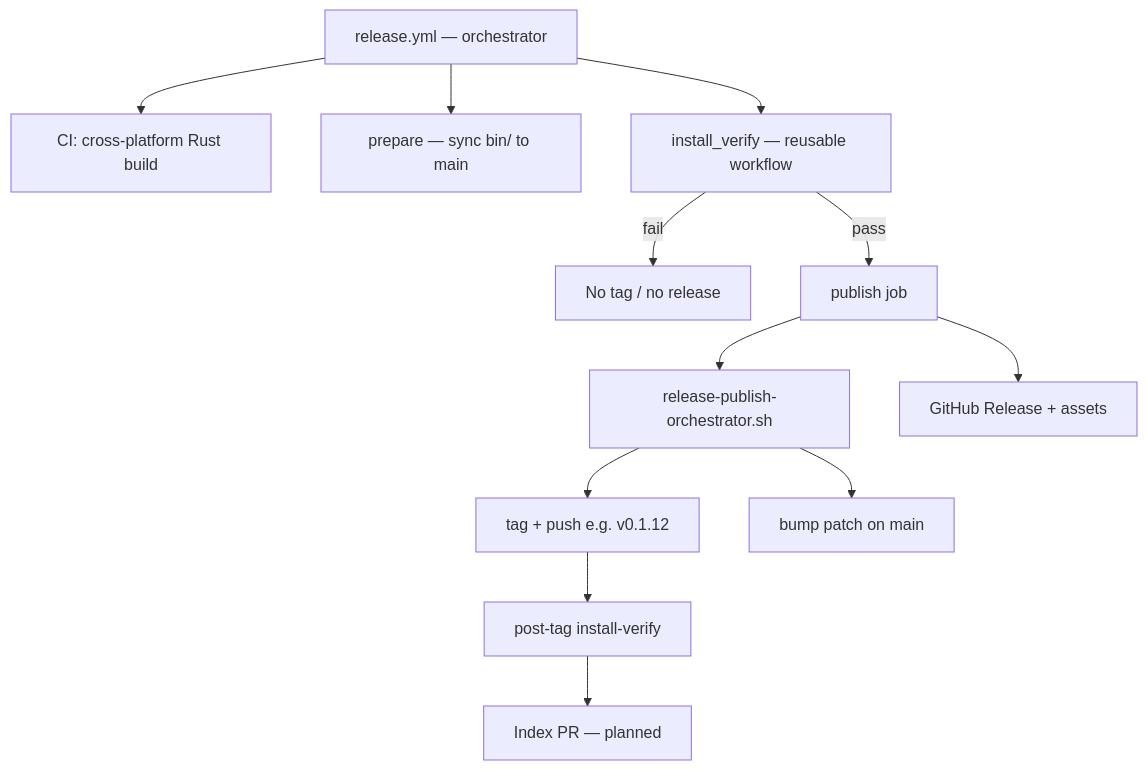
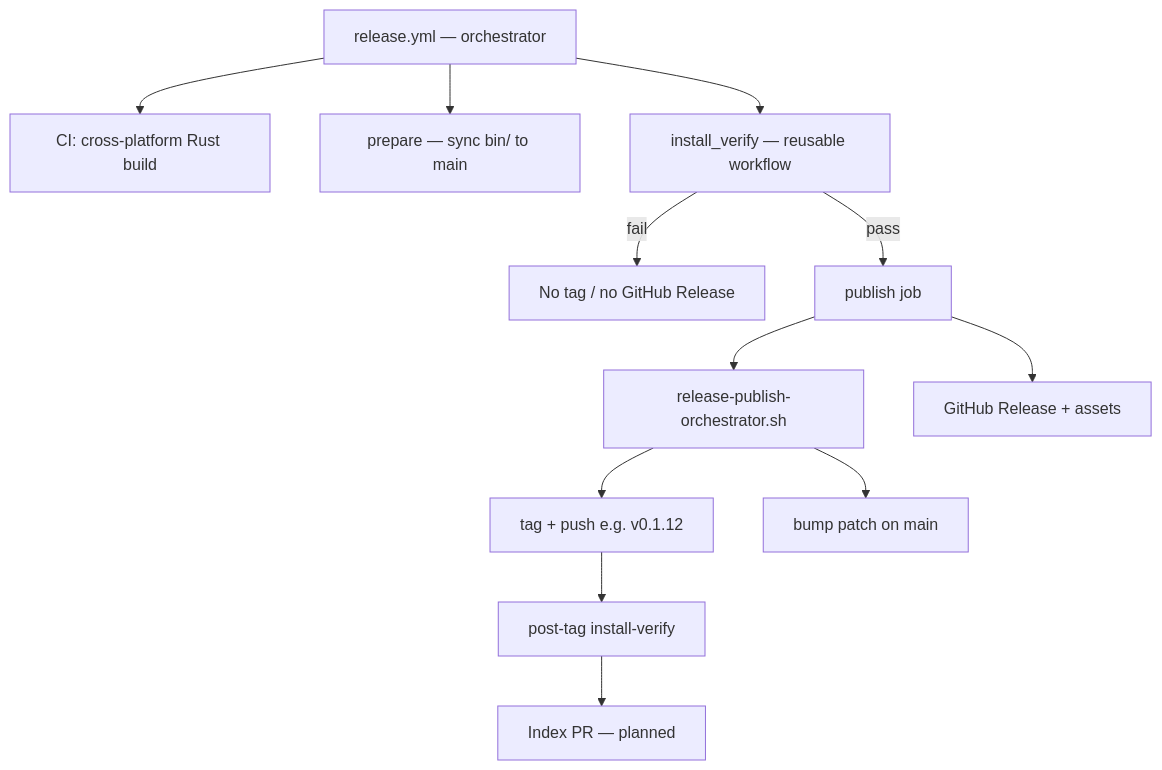
Before and after one commit to CREATeNG/freecad-mcp-bridge: the first of 2 diagrams in MAINTAINING.md, drawn with Mermaid. The commit also changed other lines of this file, not shown here.

First line of the commit message:
Disambiguate Release workflow vs shipping a release in MAINTAINING.md

````diff
--- a/MAINTAINING.md
+++ b/MAINTAINING.md
@@ -72,15 +82,15 @@
 ```mermaid
 flowchart TD
   R[release.yml — orchestrator]
   R --> build[CI: cross-platform Rust build]
   R --> prep[prepare — sync bin/ to main]
   R --> verify[install_verify — reusable workflow]
-  verify -->|fail| stop[No tag / no release]
+  verify -->|fail| stop[No tag / no GitHub Release]
   verify -->|pass| pub[publish job]
   pub --> orch[release-publish-orchestrator.sh]
   orch --> tag[tag + push e.g. v0.1.12]
   orch --> zbump[bump patch on main]
   pub --> gh[GitHub Release + assets]
   tag --> postverify[post-tag install-verify]
   postverify --> index[Index PR — planned]
 ```
````
